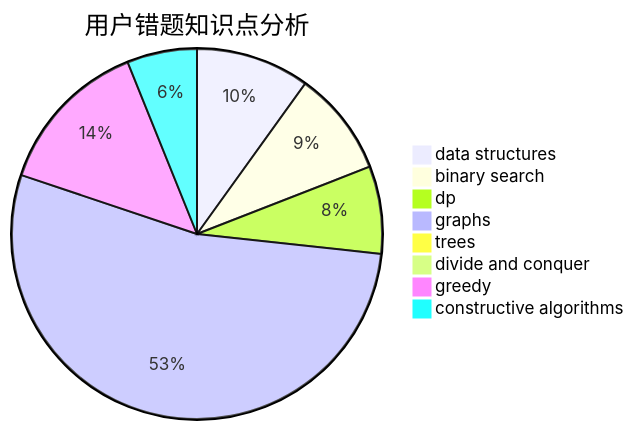
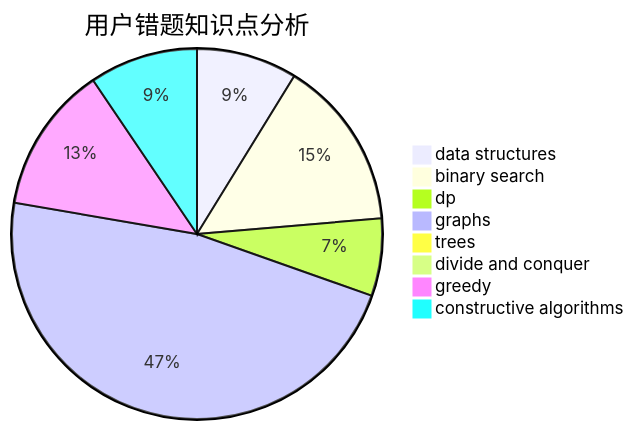
Before and after one commit to sherpahu/cfrs.github.io: the third of 3 diagrams in docs/user/u352.md, drawn with Mermaid. The commit also changed other lines of this file and 2770 other files, not shown here.

````diff
--- a/docs/user/u352.md
+++ b/docs/user/u352.md
@@ -36,11 +36,11 @@
 ```mermaid
 pie title 用户错题知识点分析
     "data structures" :  13
-    "binary search" :  12
+    "binary search" :  22
     "dp" :  10
     "graphs" :  70
     "trees" :  1
     "divide and conquer" :  0
-    "greedy" :  18
-    "constructive algorithms" :  8
+    "greedy" :  19
+    "constructive algorithms" :  14
 ```
````
